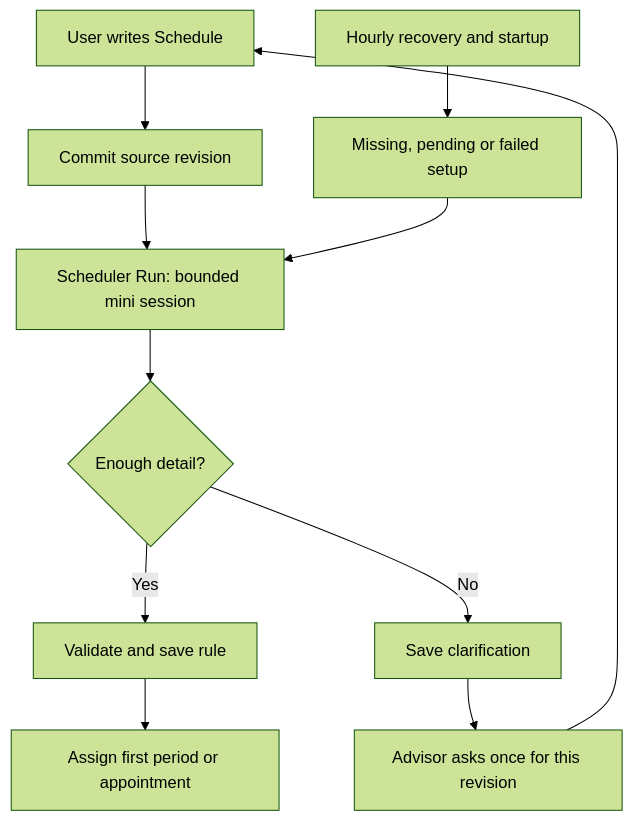
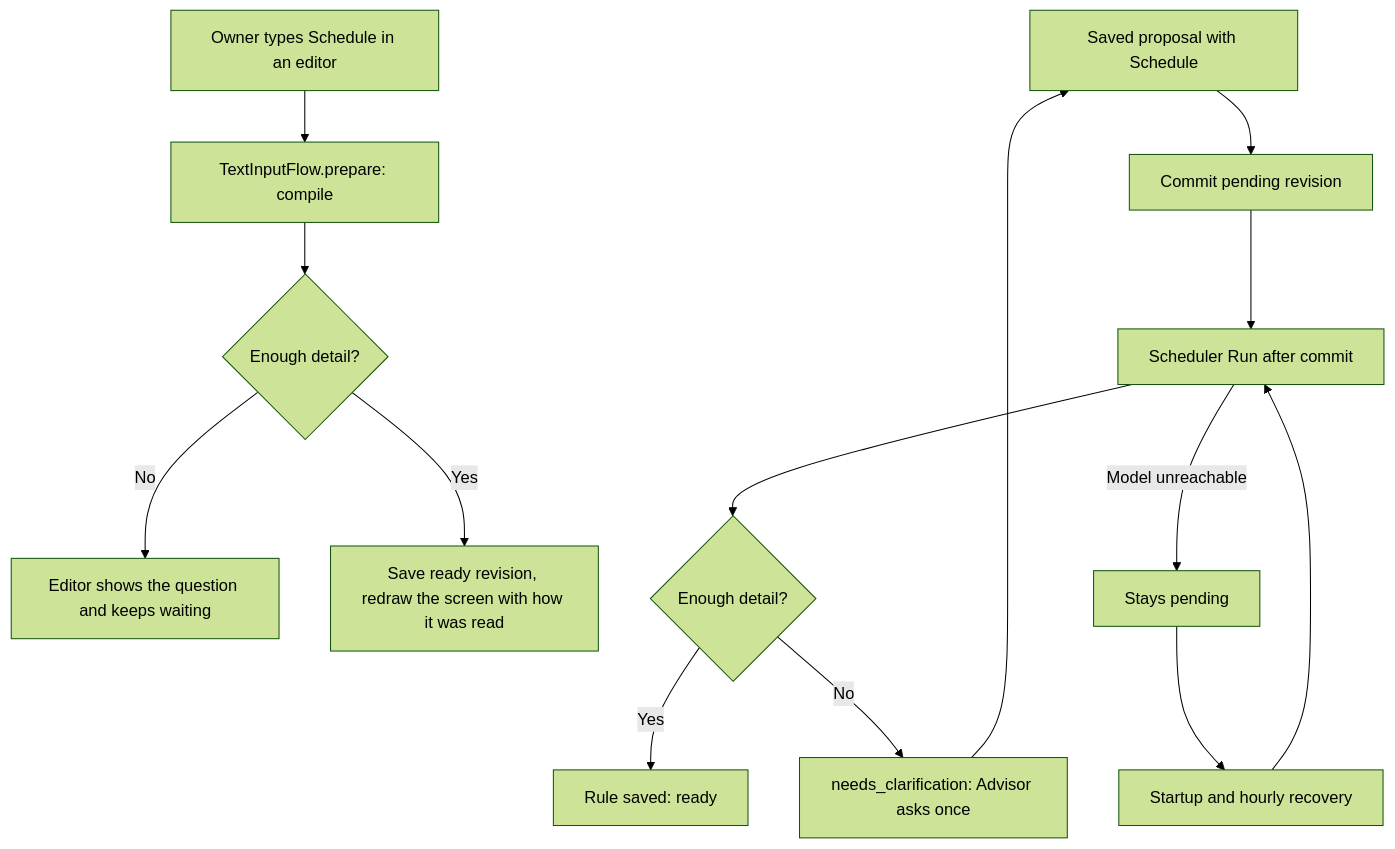
Before and after one commit to myvaheed/tg-ai-safwa: the first of 2 diagrams in docs/SCHEDULES.md, drawn with Mermaid (forest theme). The commit also changed other lines of this file and 70 other files, not shown here.

````diff
--- a/docs/SCHEDULES.md
+++ b/docs/SCHEDULES.md
@@ -11,13 +17,16 @@
 ```mermaid
 flowchart TD
-    A[User writes Schedule] --> B[Commit source revision]
-    B --> C[Scheduler Run: bounded mini session]
-    C --> D{Enough detail?}
-    D -->|Yes| E[Validate and save rule]
-    D -->|No| F[Save clarification]
-    F --> G[Advisor asks once for this revision]
-    G --> A
-    E --> H[Assign first period or appointment]
-    I[Hourly recovery and startup] --> J[Missing, pending or failed setup]
-    J --> C
+    A[Owner types Schedule in an editor] --> B[TextInputFlow.prepare: compile]
+    B --> C{Enough detail?}
+    C -->|No| D[Editor shows the question and keeps waiting]
+    C -->|Yes| E[Save ready revision, redraw the screen with how it was read]
+    F[Saved proposal with Schedule] --> G[Commit pending revision]
+    G --> H[Scheduler Run after commit]
+    I[Startup and hourly recovery] --> H
+    H --> J{Enough detail?}
+    J -->|Yes| K[Rule saved: ready]
+    J -->|No| L[needs_clarification: Advisor asks once]
+    L --> F
+    H -->|Model unreachable| M[Stays pending]
+    M --> I
 ```
````
